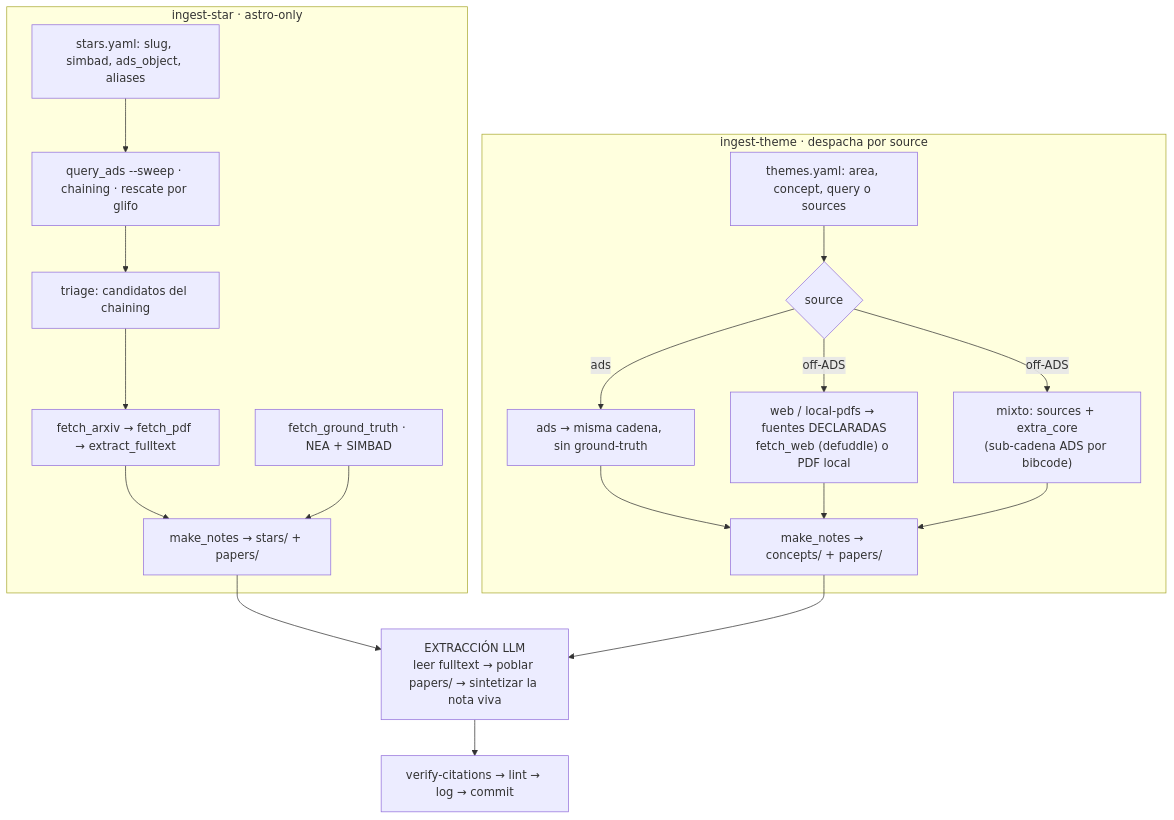
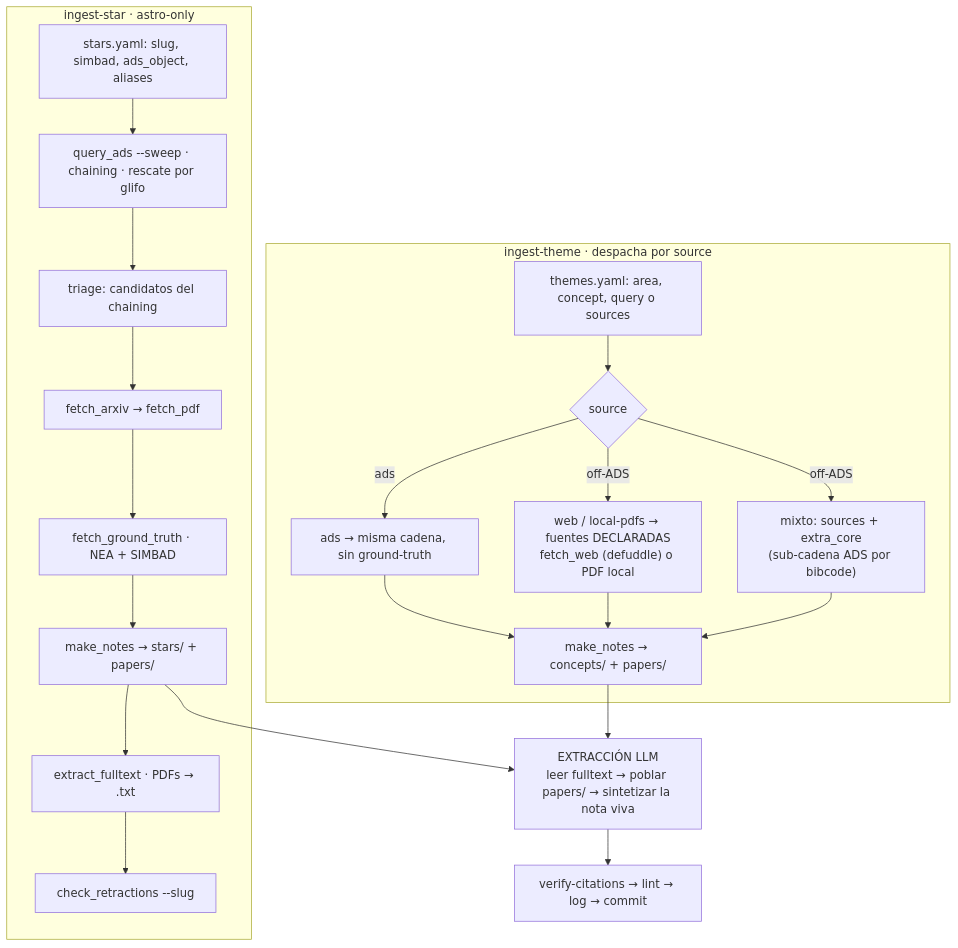
Before and after one commit to nicklessagus/Almagesto: the first of 2 diagrams in docs/ingesta.md, drawn with Mermaid. The commit also changed other lines of this file and 45 other files, not shown here.

````diff
--- a/docs/ingesta.md
+++ b/docs/ingesta.md
@@ -99,30 +106,31 @@
 ```mermaid
 flowchart TD
     subgraph S["ingest-star · astro-only"]
         S1[stars.yaml: slug, simbad, ads_object, aliases]
         S2["query_ads --sweep · chaining · rescate por glifo"]
         S3[triage: candidatos del chaining]
-        S4["fetch_arxiv → fetch_pdf → extract_fulltext"]
+        S4["fetch_arxiv → fetch_pdf"]
         S5["fetch_ground_truth · NEA + SIMBAD"]
         S6[make_notes → stars/ + papers/]
-        S1 --> S2 --> S3 --> S4 --> S6
-        S5 --> S6
+        S7["extract_fulltext · PDFs → .txt"]
+        S8[check_retractions --slug]
+        S1 --> S2 --> S3 --> S4 --> S5 --> S6 --> S7 --> S8
     end
 
     subgraph T["ingest-theme · despacha por source"]
         T1[themes.yaml: area, concept, query o sources]
         T2{source}
         T3["ads → misma cadena, sin ground-truth"]
         T4["web / local-pdfs → fuentes DECLARADAS<br/>fetch_web (defuddle) o PDF local"]
         T5["mixto: sources + extra_core<br/>(sub-cadena ADS por bibcode)"]
         T6[make_notes → concepts/ + papers/]
         T1 --> T2
         T2 -->|ads| T3 --> T6
         T2 -->|off-ADS| T4 --> T6
         T2 -->|off-ADS| T5 --> T6
     end
 
     S6 --> L["EXTRACCIÓN LLM<br/>leer fulltext → poblar papers/ → sintetizar la nota viva"]
     T6 --> L
     L --> V["verify-citations → lint → log → commit"]
 ```
````
